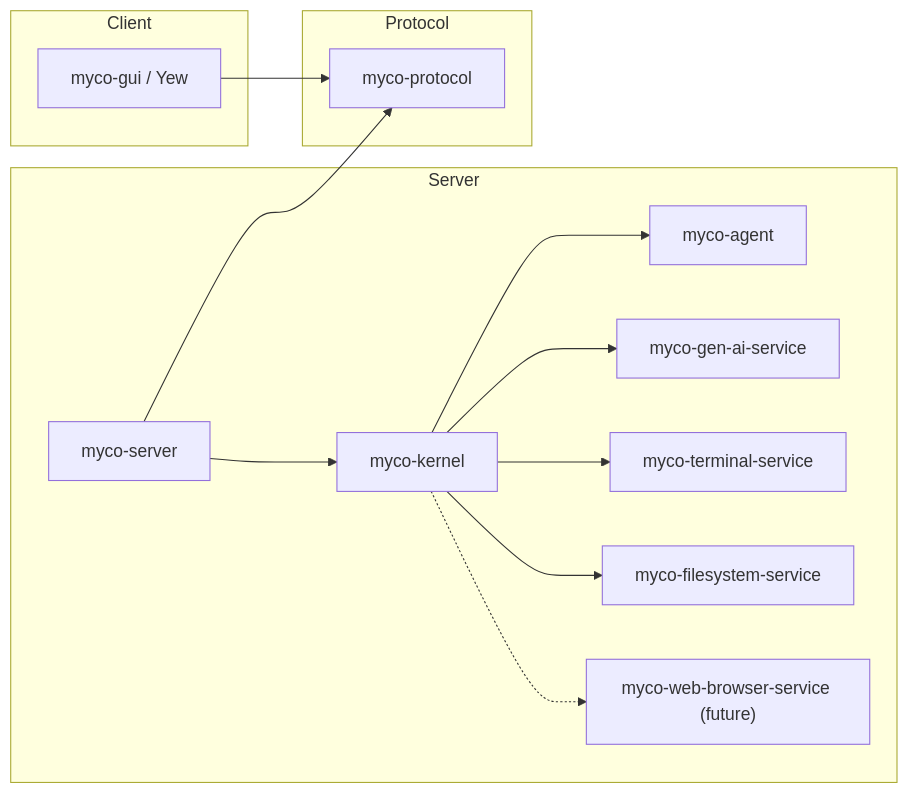
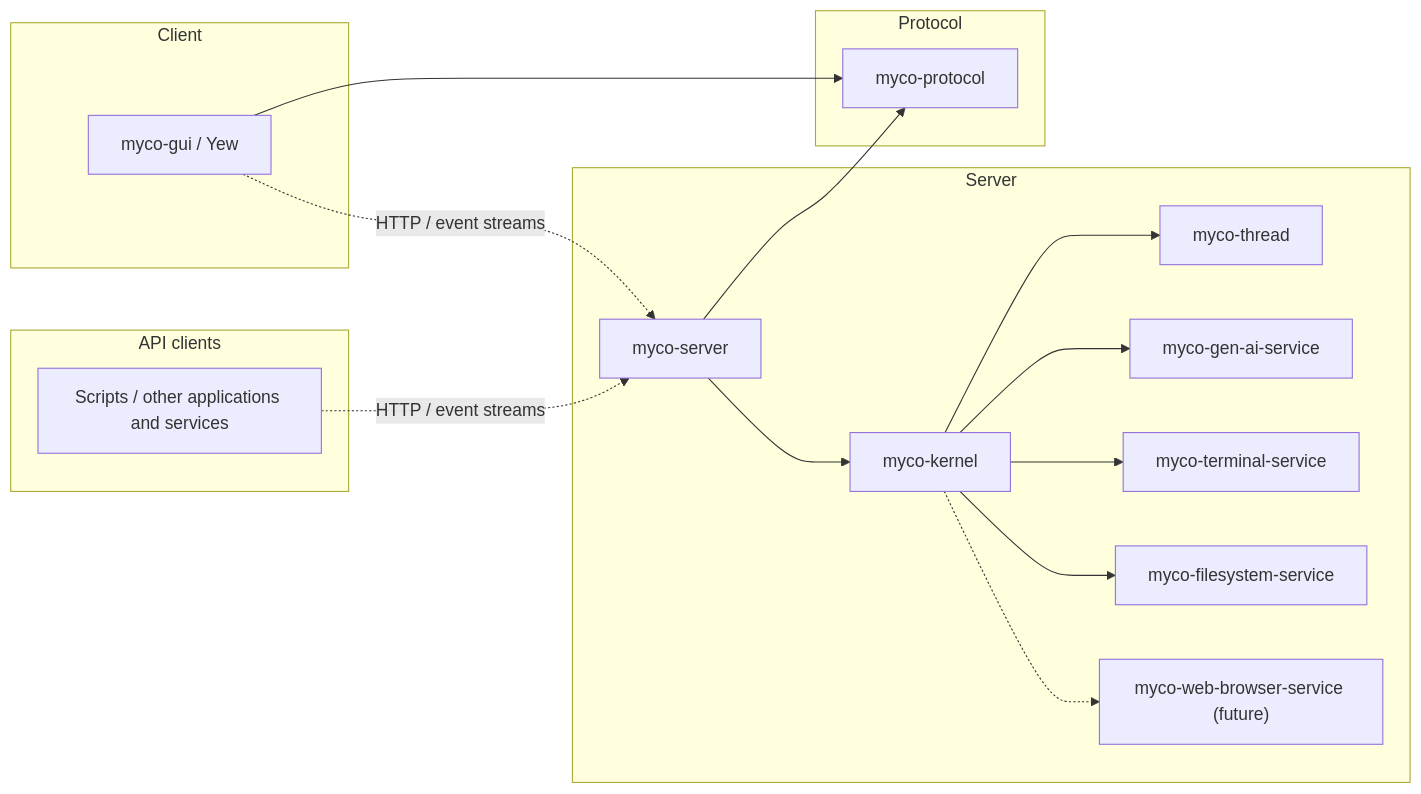
One commit to tsnl/myco changed the diagram in DESIGN.md. Above: the diagram before and after it, drawn with Mermaid. The commit also changed other lines of this file and 1 other file, not shown here.

Commit message:
Define thread operations and replayable async workflows

````diff
--- a/DESIGN.md
+++ b/DESIGN.md
@@ -7,19 +7,24 @@
 ```mermaid
 flowchart LR
     subgraph Server
         server[myco-server] --> kernel[myco-kernel]
-        kernel --> agent[myco-agent]
+        kernel --> thread[myco-thread]
         kernel --> gen_ai[myco-gen-ai-service]
         kernel --> terminal[myco-terminal-service]
         kernel --> filesystem[myco-filesystem-service]
         kernel -.-> browser["myco-web-browser-service (future)"]
     end
     subgraph Protocol
         protocol[myco-protocol]
     end
     subgraph Client
         gui[myco-gui / Yew]
     end
+    subgraph Integrations[API clients]
+        scripts["Scripts / other applications and services"]
+    end
     server --> protocol
     gui --> protocol
+    gui -. HTTP / event streams .-> server
+    scripts -. HTTP / event streams .-> server
 ```
````
